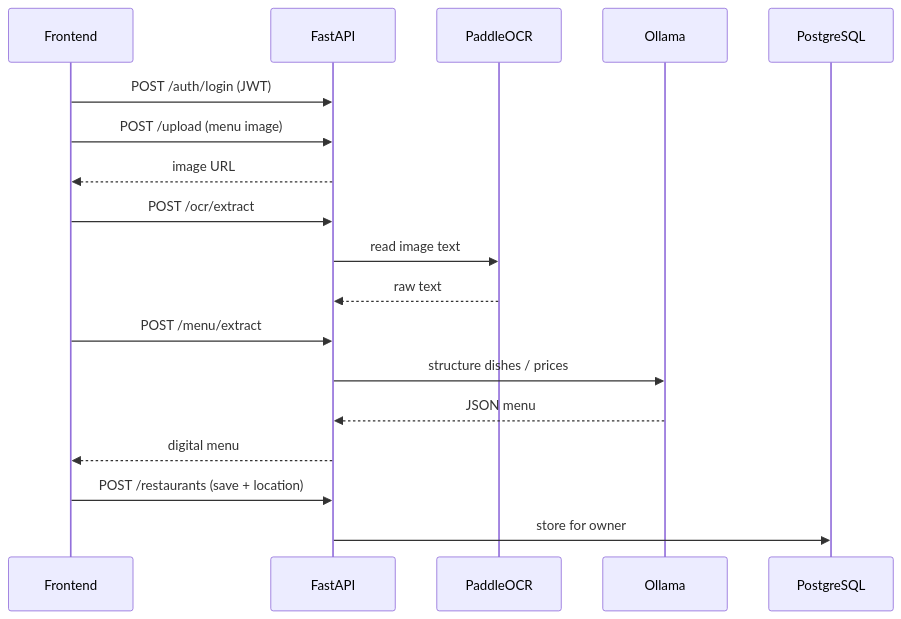
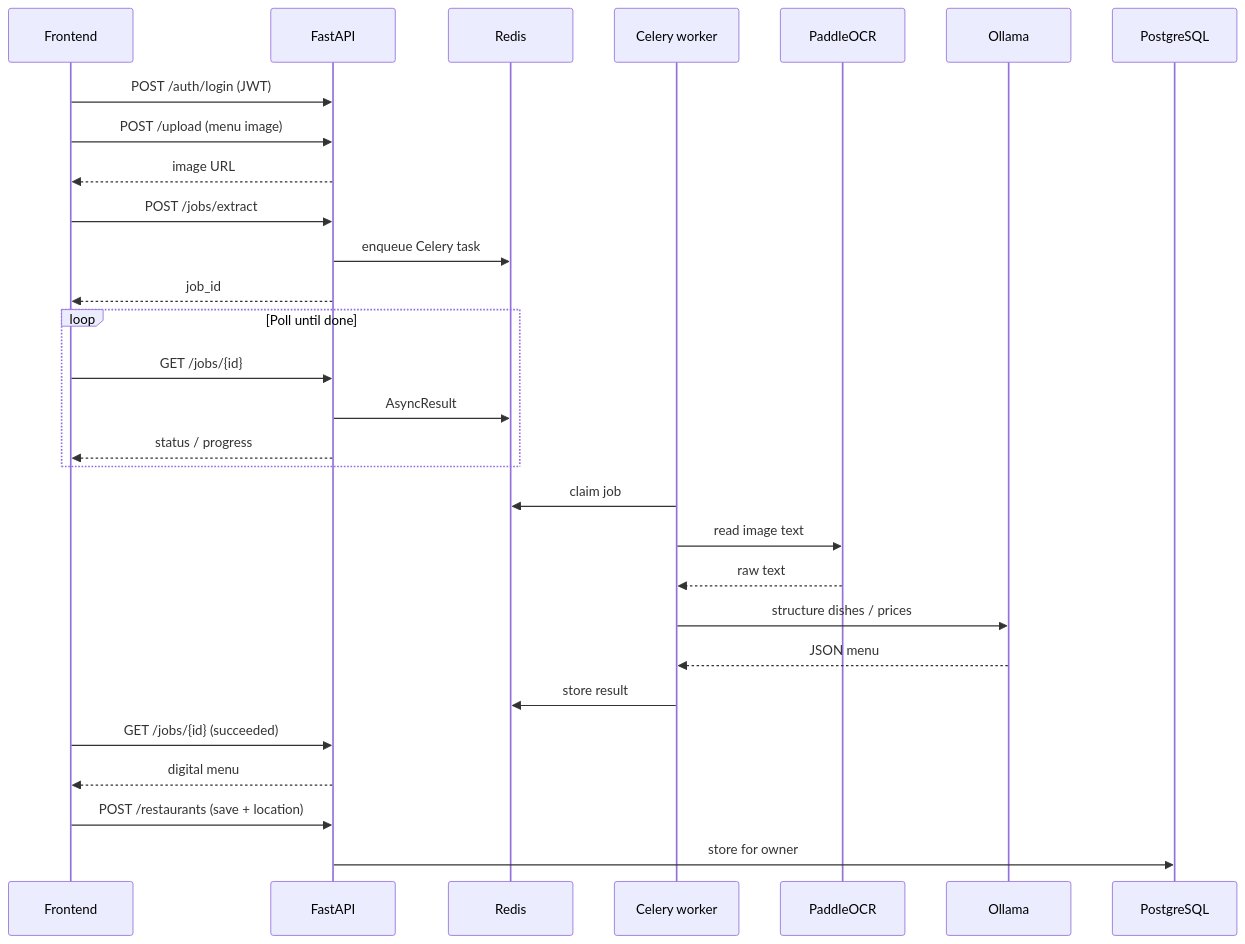
One commit to vidaHd/vision-ai-backend changed the diagram in README.md. Above: the diagram before and after it, drawn with Mermaid. The commit also changed other lines of this file, not shown here.

Commit message:
Document async Celery extract jobs in the README.

````diff
--- a/README.md
+++ b/README.md
@@ -16,21 +16,32 @@
 ```mermaid
 sequenceDiagram
   participant UI as Frontend
   participant API as FastAPI
+  participant Redis as Redis
+  participant Worker as Celery worker
   participant OCR as PaddleOCR
   participant LLM as Ollama
   participant DB as PostgreSQL
 
   UI->>API: POST /auth/login (JWT)
   UI->>API: POST /upload (menu image)
   API-->>UI: image URL
-  UI->>API: POST /ocr/extract
-  API->>OCR: read image text
-  OCR-->>API: raw text
-  UI->>API: POST /menu/extract
-  API->>LLM: structure dishes / prices
-  LLM-->>API: JSON menu
+  UI->>API: POST /jobs/extract
+  API->>Redis: enqueue Celery task
+  API-->>UI: job_id
+  loop Poll until done
+    UI->>API: GET /jobs/{id}
+    API->>Redis: AsyncResult
+    API-->>UI: status / progress
+  end
+  Worker->>Redis: claim job
+  Worker->>OCR: read image text
+  OCR-->>Worker: raw text
+  Worker->>LLM: structure dishes / prices
+  LLM-->>Worker: JSON menu
+  Worker->>Redis: store result
+  UI->>API: GET /jobs/{id} (succeeded)
   API-->>UI: digital menu
   UI->>API: POST /restaurants (save + location)
   API->>DB: store for owner
 ```
````
